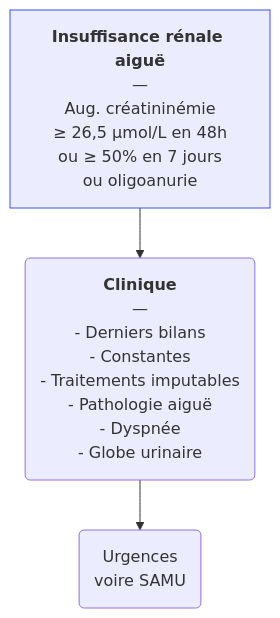
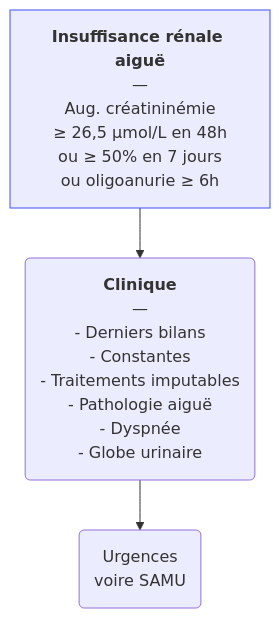
One commit to djibe/recommandations-medicales changed the diagram in content/recommandations/insuffisance-renale-aigue.md. Above: the diagram before and after it, drawn with Mermaid. The commit also changed 32 other files, not shown here.

```diff
--- a/content/recommandations/insuffisance-renale-aigue.md
+++ b/content/recommandations/insuffisance-renale-aigue.md
@@ -178,5 +178,5 @@
 {{< mermaid title="Prise en charge d'une insuffisance rénale aiguë. Dr JB Fron d'après Collèges et KDIGO 2012" >}}
 graph TB
-  IRA["<b>Insuffisance rénale aiguë</b><br>—<br>Aug. créatininémie<br>≥ 26,5 µmol/L en 48h<br>ou ≥ 50% en 7 jours<br>ou oligoanurie"] --> clinique("<b>Clinique</b><br>—<br>- Derniers bilans<br>- Constantes<br>- Traitements imputables<br>- Pathologie aiguë<br>- Dyspnée<br>- Globe urinaire") --> urgences("Urgences<br>voire SAMU")
+  IRA["<b>Insuffisance rénale aiguë</b><br>—<br>Aug. créatininémie<br>≥ 26,5 µmol/L en 48h<br>ou ≥ 50% en 7 jours<br>ou oligoanurie ≥ 6h"] --> clinique("<b>Clinique</b><br>—<br>- Derniers bilans<br>- Constantes<br>- Traitements imputables<br>- Pathologie aiguë<br>- Dyspnée<br>- Globe urinaire") --> urgences("Urgences<br>voire SAMU")
   style IRA stroke:#4150f5, stroke-width:1px
 {{< /mermaid >}}
```
